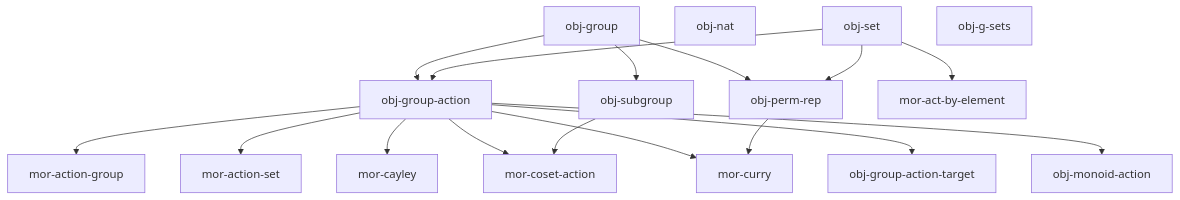
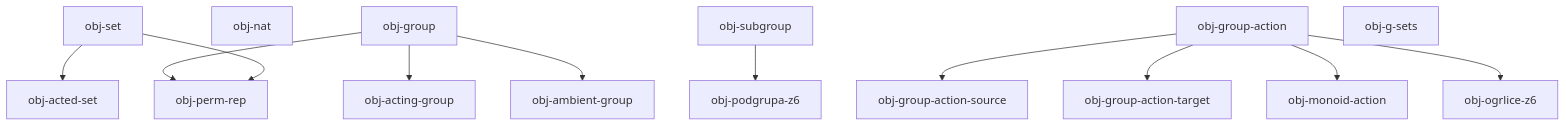
One commit to matsek-fer/reader changed the sixth of 8 diagrams in examples/mini-vault/views/dag.md. Above: the diagram before and after it, drawn with Mermaid. The commit also changed other lines of this file and 750 other files, not shown here.

````diff
--- a/examples/mini-vault/views/dag.md
+++ b/examples/mini-vault/views/dag.md
@@ -101,33 +101,28 @@
 ```mermaid
 graph TD
     obj_set["obj-set"]
     obj_nat["obj-nat"]
     obj_group["obj-group"]
     obj_subgroup["obj-subgroup"]
     obj_group_action["obj-group-action"]
-    obj_group_action_target["obj-group-action-target"]
     obj_perm_rep["obj-perm-rep"]
     obj_monoid_action["obj-monoid-action"]
     obj_g_sets["obj-g-sets"]
-    mor_act_by_element["mor-act-by-element"]
-    mor_action_group["mor-action-group"]
-    mor_action_set["mor-action-set"]
-    mor_cayley["mor-cayley"]
-    mor_coset_action["mor-coset-action"]
-    mor_curry["mor-curry"]
-    obj_set --> mor_act_by_element
-    obj_group_action --> mor_action_group
-    obj_group_action --> mor_action_set
-    obj_group_action --> mor_cayley
-    obj_group_action --> mor_coset_action
-    obj_subgroup --> mor_coset_action
-    obj_group_action --> mor_curry
-    obj_perm_rep --> mor_curry
-    obj_group --> obj_group_action
-    obj_set --> obj_group_action
+    obj_acted_set["obj-acted-set"]
+    obj_acting_group["obj-acting-group"]
+    obj_ambient_group["obj-ambient-group"]
+    obj_group_action_source["obj-group-action-source"]
+    obj_group_action_target["obj-group-action-target"]
+    obj_ogrlice_z6["obj-ogrlice-z6"]
+    obj_podgrupa_z6["obj-podgrupa-z6"]
+    obj_set --> obj_acted_set
+    obj_group --> obj_acting_group
+    obj_group --> obj_ambient_group
+    obj_group_action --> obj_group_action_source
     obj_group_action --> obj_group_action_target
     obj_group_action --> obj_monoid_action
+    obj_group_action --> obj_ogrlice_z6
     obj_group --> obj_perm_rep
     obj_set --> obj_perm_rep
-    obj_group --> obj_subgroup
+    obj_subgroup --> obj_podgrupa_z6
 ```
````
